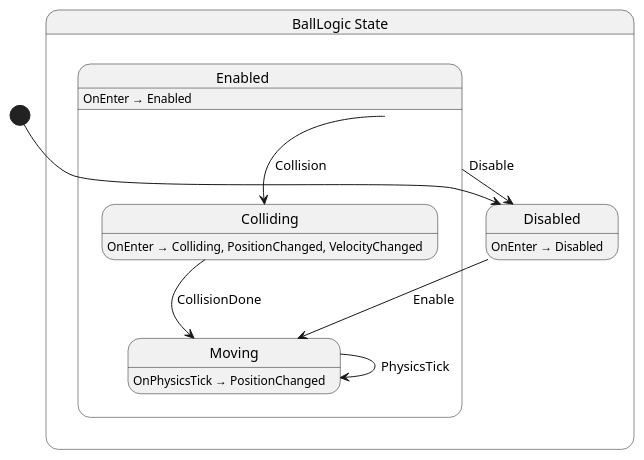
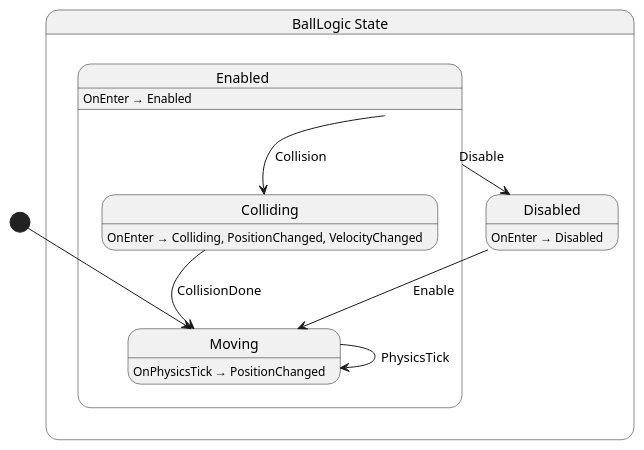
Before and after one commit to Dokkae6949/perfect_pong: the diagram in src/ball/logic/BallLogic.g.puml, drawn with PlantUML. The commit also changed 11 other files, not shown here.

```diff
--- a/src/ball/logic/BallLogic.g.puml
+++ b/src/ball/logic/BallLogic.g.puml
@@ -1,22 +1,22 @@
 @startuml BallLogic
 state "BallLogic State" as test_ball_logic_BallLogic_State {
   state "Disabled" as test_ball_logic_BallLogic_State_Disabled
   state "Enabled" as test_ball_logic_BallLogic_State_Enabled {
     state "Colliding" as test_ball_logic_BallLogic_State_Colliding
     state "Moving" as test_ball_logic_BallLogic_State_Moving
   }
 }
 
 test_ball_logic_BallLogic_State_Colliding --> test_ball_logic_BallLogic_State_Moving : CollisionDone
 test_ball_logic_BallLogic_State_Disabled --> test_ball_logic_BallLogic_State_Moving : Enable
 test_ball_logic_BallLogic_State_Enabled --> test_ball_logic_BallLogic_State_Colliding : Collision
 test_ball_logic_BallLogic_State_Enabled --> test_ball_logic_BallLogic_State_Disabled : Disable
 test_ball_logic_BallLogic_State_Moving --> test_ball_logic_BallLogic_State_Moving : PhysicsTick
 
 test_ball_logic_BallLogic_State_Colliding : OnEnter → Colliding, PositionChanged, VelocityChanged
 test_ball_logic_BallLogic_State_Disabled : OnEnter → Disabled
 test_ball_logic_BallLogic_State_Enabled : OnEnter → Enabled
 test_ball_logic_BallLogic_State_Moving : OnPhysicsTick → PositionChanged
 
-[*] --> test_ball_logic_BallLogic_State_Disabled
+[*] --> test_ball_logic_BallLogic_State_Moving
 @enduml
```
